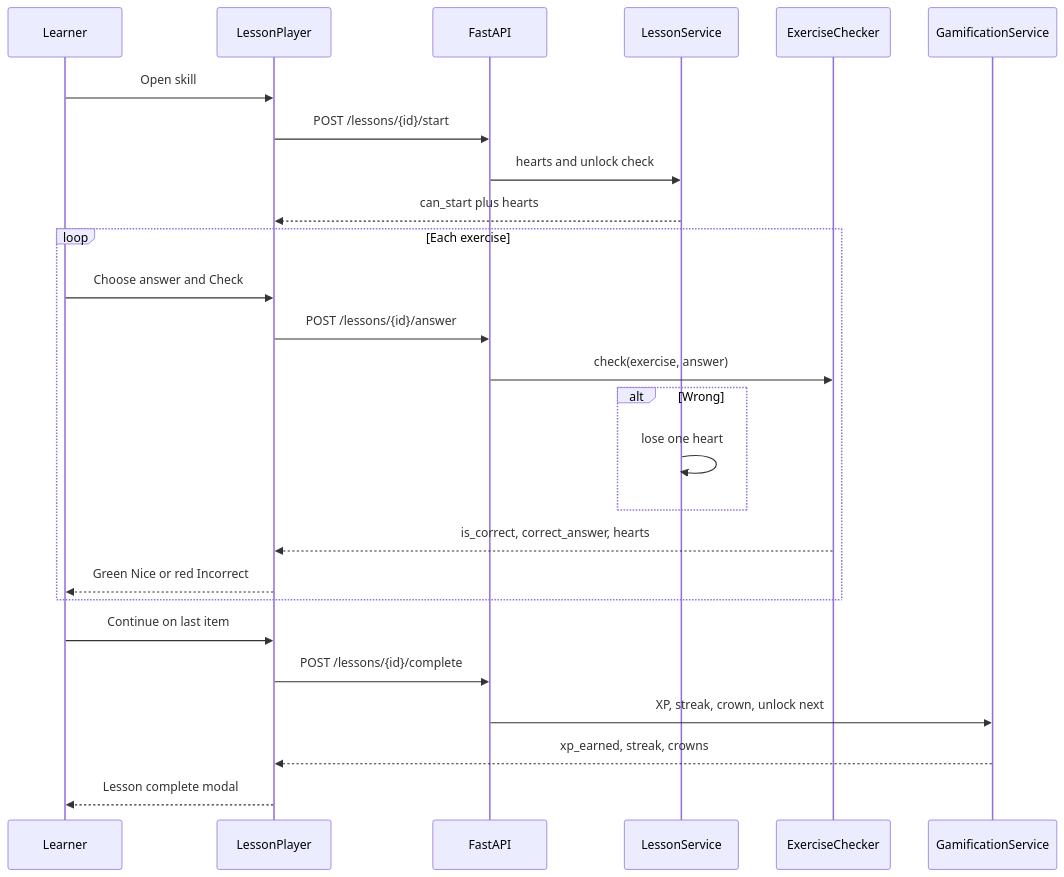
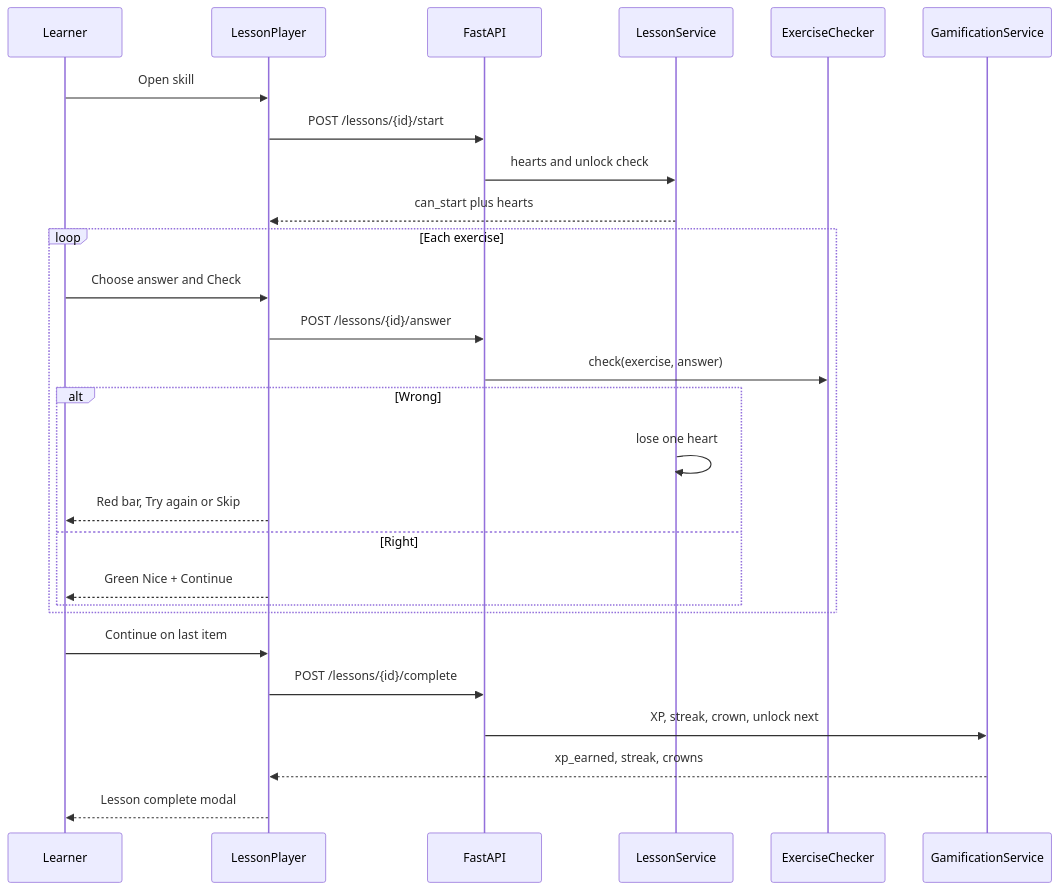
Before and after one commit to phanipaladugula/Fluent: the fourth of 6 diagrams in README.md, drawn with Mermaid. The commit also changed other lines of this file, not shown here.

````diff
--- a/README.md
+++ b/README.md
@@ -265,31 +388,32 @@
 ```mermaid
 sequenceDiagram
   participant Learner
   participant UI as LessonPlayer
   participant API as FastAPI
   participant LessonSvc as LessonService
   participant Checker as ExerciseChecker
   participant Game as GamificationService
 
   Learner->>UI: Open skill
   UI->>API: POST /lessons/{id}/start
   API->>LessonSvc: hearts and unlock check
   LessonSvc-->>UI: can_start plus hearts
 
   loop Each exercise
     Learner->>UI: Choose answer and Check
     UI->>API: POST /lessons/{id}/answer
     API->>Checker: check(exercise, answer)
     alt Wrong
       LessonSvc->>LessonSvc: lose one heart
+      UI-->>Learner: Red bar, Try again or Skip
+    else Right
+      UI-->>Learner: Green Nice + Continue
     end
-    Checker-->>UI: is_correct, correct_answer, hearts
-    UI-->>Learner: Green Nice or red Incorrect
   end
 
   Learner->>UI: Continue on last item
   UI->>API: POST /lessons/{id}/complete
   API->>Game: XP, streak, crown, unlock next
   Game-->>UI: xp_earned, streak, crowns
   UI-->>Learner: Lesson complete modal
 ```
````
